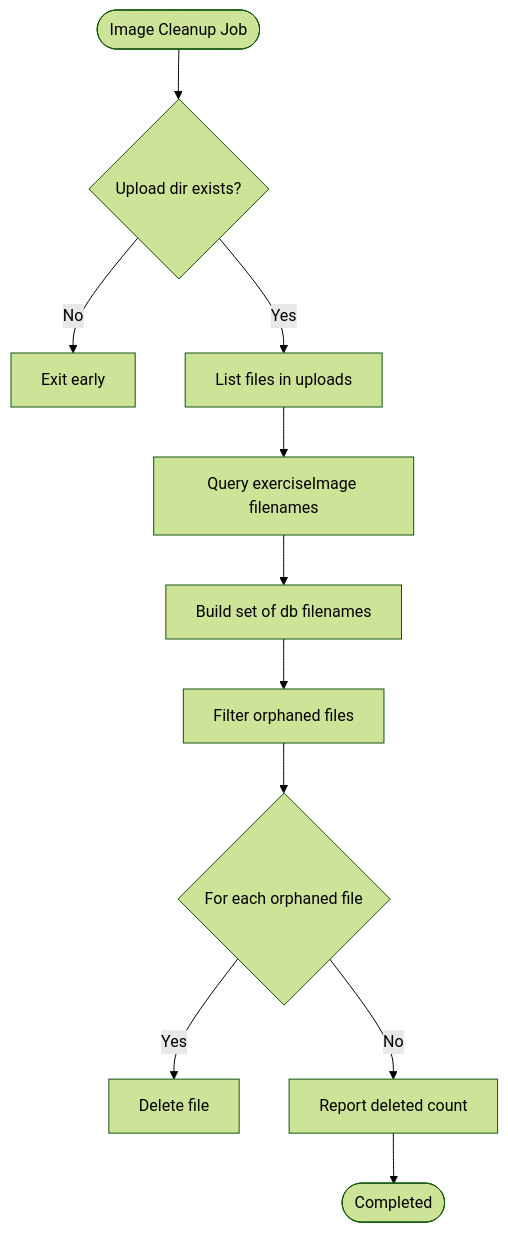
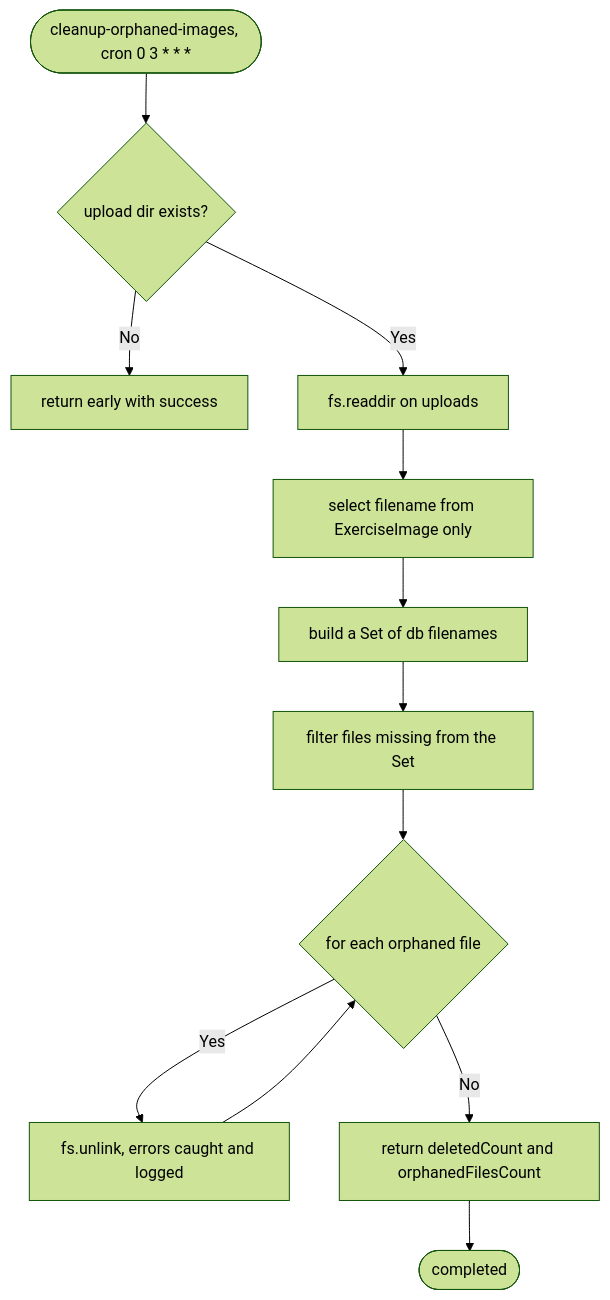
One commit to Dezzpil/meingym changed the fifth of 9 diagrams in .qoder/repowiki/en/content/Background Job System.md. Above: the diagram before and after it, drawn with Mermaid (forest theme). The commit also changed other lines of this file and 12 other files, not shown here.

````diff
--- a/.qoder/repowiki/en/content/Background Job System.md
+++ b/.qoder/repowiki/en/content/Background Job System.md
@@ -243,13 +306,14 @@
 ```mermaid
 flowchart TD
-Start(["Image Cleanup Job"]) --> EnsureDir{"Upload dir exists?"}
-EnsureDir --> |No| ExitEarly["Exit early"]
-EnsureDir --> |Yes| ListFiles["List files in uploads"]
-ListFiles --> QueryDB["Query exerciseImage filenames"]
-QueryDB --> BuildSet["Build set of db filenames"]
-BuildSet --> FilterOrphaned["Filter orphaned files"]
-FilterOrphaned --> DeleteLoop{"For each orphaned file"}
-DeleteLoop --> |Yes| DeleteFile["Delete file"]
-DeleteLoop --> |No| Report["Report deleted count"]
-Report --> End(["Completed"])
+Start(["cleanup-orphaned-images, cron 0 3 * * *"]) --> EnsureDir{"upload dir exists?"}
+EnsureDir --> |No| ExitEarly["return early with success"]
+EnsureDir --> |Yes| ListFiles["fs.readdir on uploads"]
+ListFiles --> QueryDB["select filename from ExerciseImage only"]
+QueryDB --> BuildSet["build a Set of db filenames"]
+BuildSet --> FilterOrphaned["filter files missing from the Set"]
+FilterOrphaned --> DeleteLoop{"for each orphaned file"}
+DeleteLoop --> |Yes| DeleteFile["fs.unlink, errors caught and logged"]
+DeleteFile --> DeleteLoop
+DeleteLoop --> |No| Report["return deletedCount and orphanedFilesCount"]
+Report --> End(["completed"])
 ```
````
